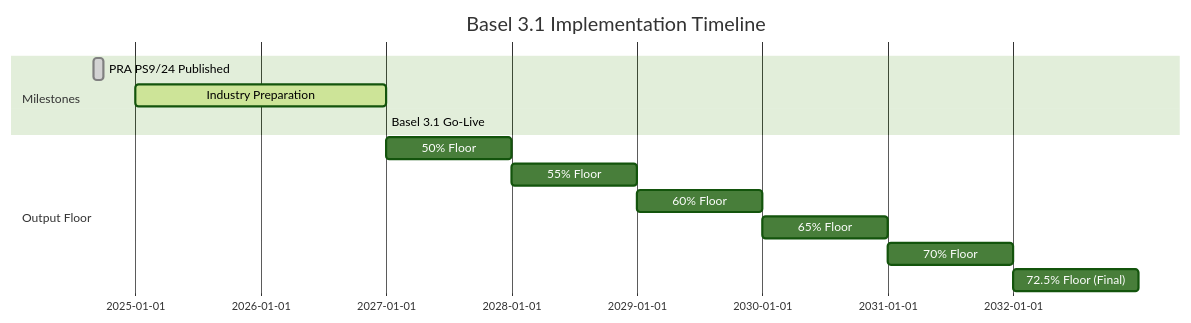
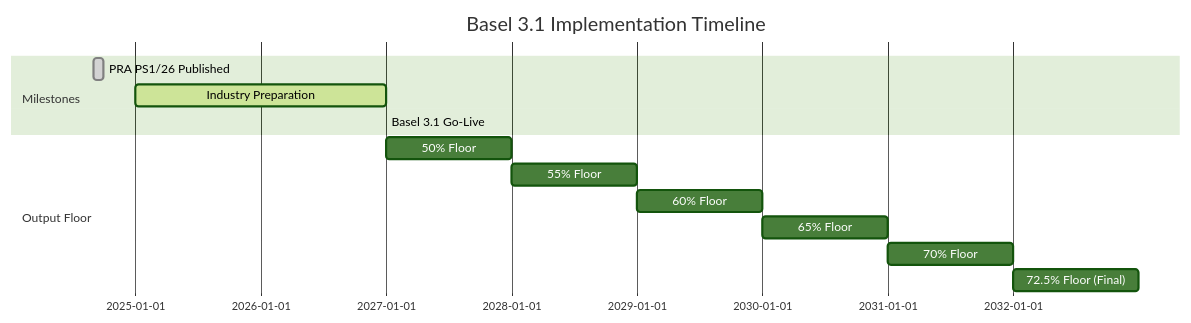
The diagram in docs/user-guide/regulatory/basel31.md (OpenAfterHours/rwa_calculator), drawn with Mermaid (forest theme) before and after one commit. The commit also changed other lines of this file and 71 other files, not shown here.

````diff
--- a/docs/user-guide/regulatory/basel31.md
+++ b/docs/user-guide/regulatory/basel31.md
@@ -298,16 +298,16 @@
 ```mermaid
 gantt
     title Basel 3.1 Implementation Timeline
     dateFormat  YYYY-MM-DD
     section Milestones
-    PRA PS9/24 Published     :done,    2024-09-01, 2024-09-30
+    PRA PS1/26 Published     :done,    2024-09-01, 2024-09-30
     Industry Preparation     :active,  2025-01-01, 2026-12-31
     Basel 3.1 Go-Live        :         2027-01-01, 2027-01-01
     section Output Floor
     50% Floor                :         2027-01-01, 2027-12-31
     55% Floor                :         2028-01-01, 2028-12-31
     60% Floor                :         2029-01-01, 2029-12-31
     65% Floor                :         2030-01-01, 2030-12-31
     70% Floor                :         2031-01-01, 2031-12-31
     72.5% Floor (Final)      :         2032-01-01, 2032-12-31
 ```
````
